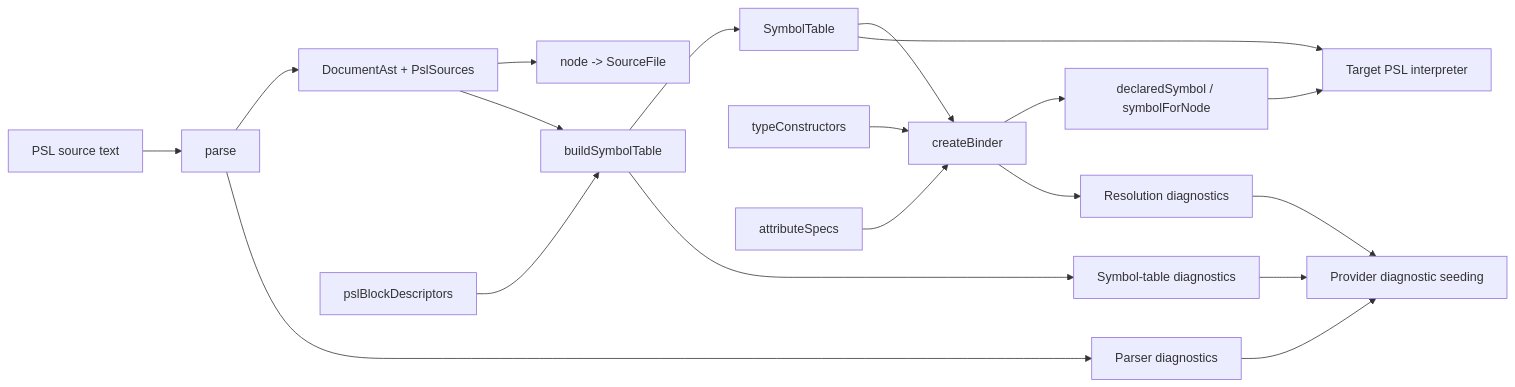
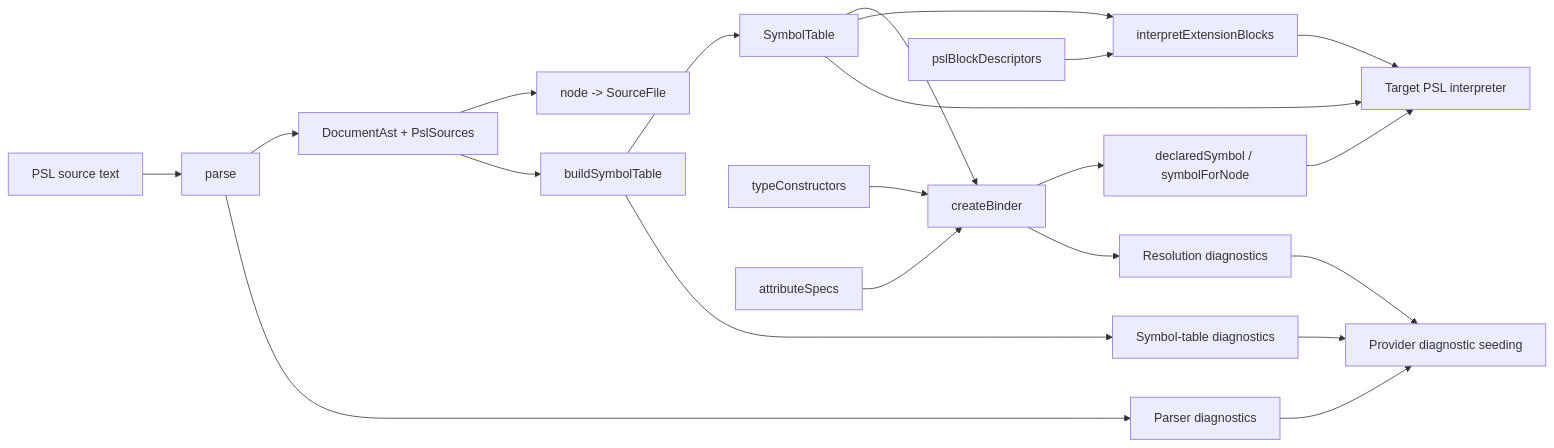
Before and after one commit to prisma/orm: the diagram in packages/1-framework/2-authoring/psl-parser/README.md, drawn with Mermaid. The commit also changed other lines of this file and 71 other files, not shown here.

First line of the commit message:
feat(psl-parser): consumers resolve extension blocks against the collected table

````diff
--- a/packages/1-framework/2-authoring/psl-parser/README.md
+++ b/packages/1-framework/2-authoring/psl-parser/README.md
@@ -144,21 +144,23 @@
 ```mermaid
 flowchart LR
   PSL[PSL source text] --> Parse[parse]
   Parse --> CST[DocumentAst + PslSources]
   Parse --> ParseDiagnostics[Parser diagnostics]
   CST --> SourceLookup[node -> SourceFile]
   CST --> Symbols[buildSymbolTable]
-  Descriptors[pslBlockDescriptors] --> Symbols
   Symbols --> SymbolTable[SymbolTable]
   Symbols --> SymbolDiagnostics[Symbol-table diagnostics]
   SymbolTable --> Binder[createBinder]
   TypeConstructors[typeConstructors] --> Binder
   AttributeSpecs[attributeSpecs] --> Binder
   Binder --> BinderQueries[declaredSymbol / symbolForNode]
   Binder --> BinderDiagnostics[Resolution diagnostics]
-  SymbolTable --> Interpreter[Target PSL interpreter]
+  SymbolTable --> Blocks[interpretExtensionBlocks]
+  Descriptors[pslBlockDescriptors] --> Blocks
+  Blocks --> Interpreter[Target PSL interpreter]
+  SymbolTable --> Interpreter
   BinderQueries --> Interpreter
   ParseDiagnostics --> Provider[Provider diagnostic seeding]
   SymbolDiagnostics --> Provider
   BinderDiagnostics --> Provider
 ```
````
